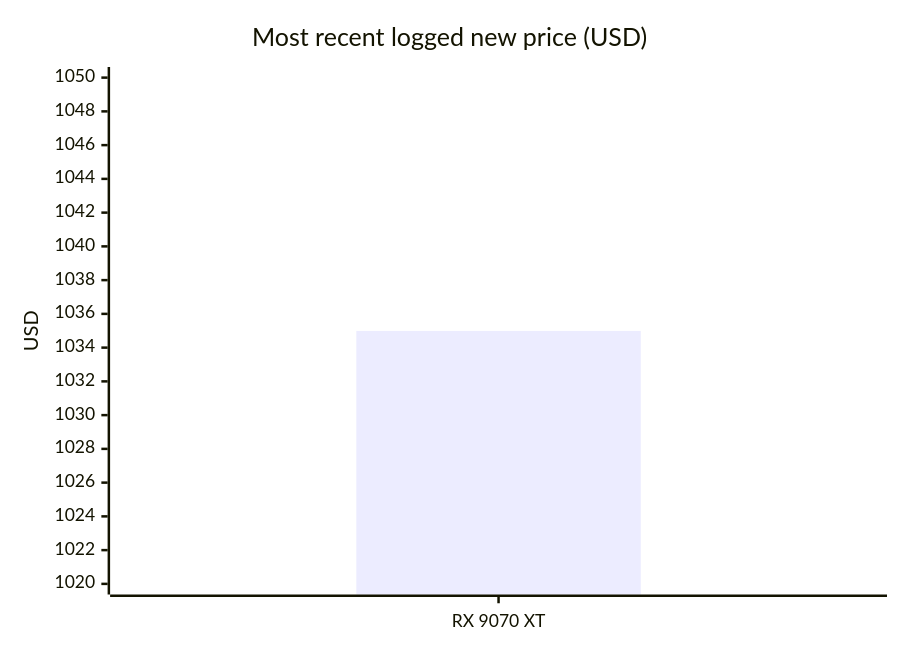
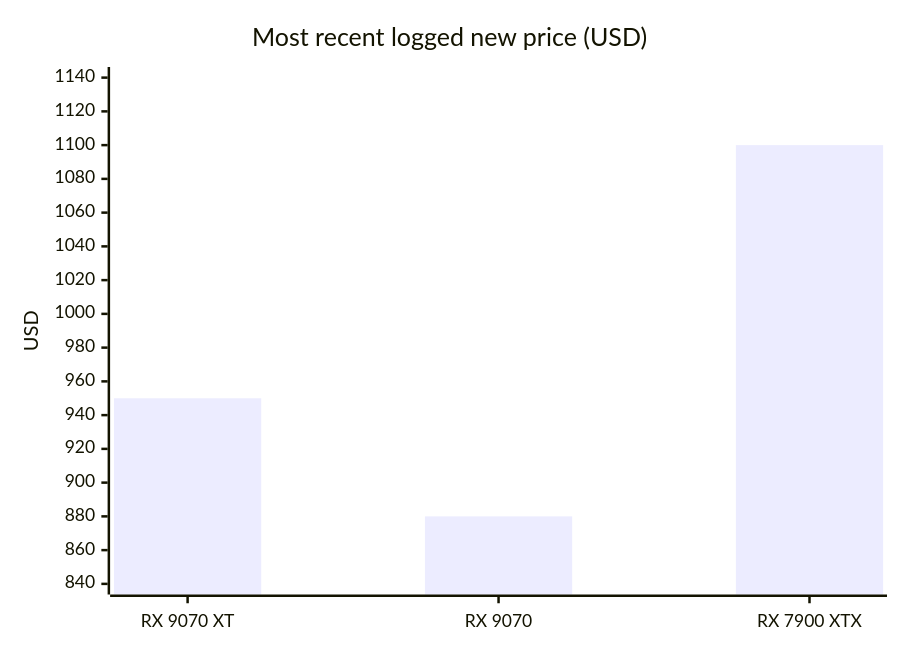
One commit to 7324136828/4tb_ssd_price_watch changed the fifth of 8 diagrams in README.md. Above: the diagram before and after it, drawn with Mermaid. The commit also changed other lines of this file and 6 other files, not shown here.

````diff
--- a/README.md
+++ b/README.md
@@ -286,7 +302,7 @@
 ```mermaid
 xychart-beta
     title "Most recent logged new price (USD)"
-    x-axis ["RX 9070 XT"]
-    y-axis "USD" 1020 --> 1050
-    bar [1034.99]
+    x-axis ["RX 9070 XT", "RX 9070", "RX 7900 XTX"]
+    y-axis "USD" 840 --> 1140
+    bar [949.99, 879.99, 1099.99]
 ```
````
